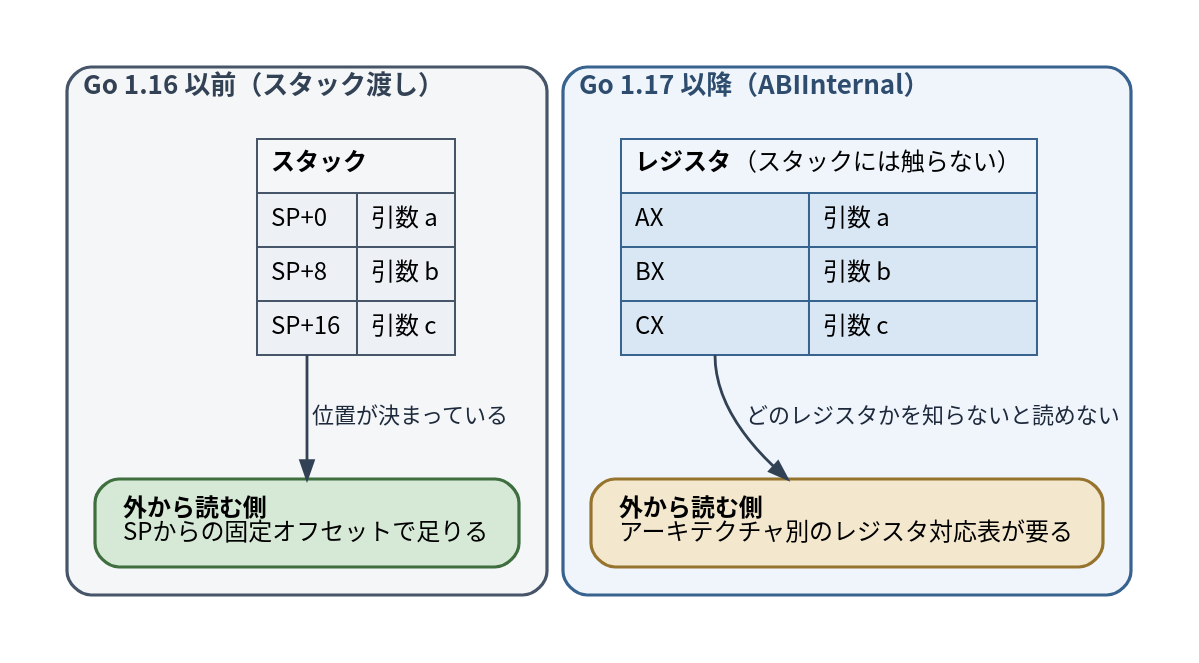
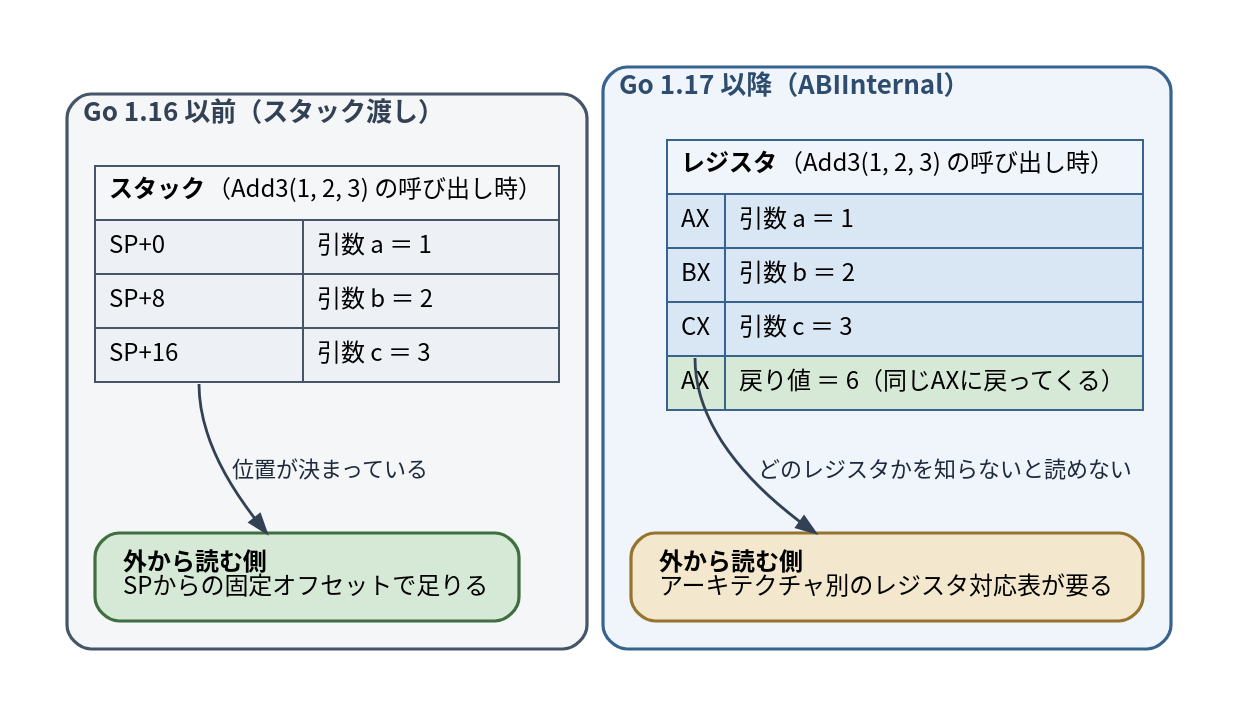
Before and after one commit to ymotongpoo/zenn.dev: the diagram in diagrams/20260820-go-ebpf-instrumentation/20260820-abi-shift.dot, drawn with Graphviz. The commit also changed 19 other files, not shown here.

First line of the commit message:
レビュー指摘に沿って図版を追加し、3枚を差し替えた

```diff
--- a/diagrams/20260820-go-ebpf-instrumentation/20260820-abi-shift.dot
+++ b/diagrams/20260820-go-ebpf-instrumentation/20260820-abi-shift.dot
@@ -1,56 +1,57 @@
 // Go 1.17 の呼び出し規約の転換
 digraph abi_shift {
   graph [
     fontname="Harano Aji Gothic,Noto Sans CJK JP,IPAGothic", fontsize=13,
     rankdir=TB, compound=true, splines=true,
     nodesep=0.5, ranksep=0.7, pad=0.25,
     bgcolor="white", newrank=true
   ];
   node [
     fontname="Harano Aji Gothic,Noto Sans CJK JP,IPAGothic", fontsize=12,
     shape=box, style="rounded,filled",
     fillcolor="#F1F5F9", color="#475569", penwidth=1.6,
     margin="0.2,0.14"
   ];
   edge [
     fontname="Harano Aji Gothic,Noto Sans CJK JP,IPAGothic", fontsize=11,
     color="#334155", penwidth=1.4, arrowsize=0.9,
     fontcolor="#1E293B"
   ];
 
   subgraph cluster_old {
     label=<<b>Go 1.16 以前（スタック渡し）</b>>;
     style="rounded"; labeljust="l"; penwidth=1.6; margin=14;
     color="#475569"; fontcolor="#334155"; bgcolor="#F4F6F8";
 
     stack [shape=plain, style="", label=<
       <table border="0" cellborder="1" cellspacing="0" cellpadding="6" color="#475569">
-        <tr><td colspan="2" align="left" bgcolor="#F4F6F8"><b>スタック</b></td></tr>
-        <tr><td align="left" bgcolor="#EDF1F5">SP+0</td><td align="left" bgcolor="#EDF1F5">引数 a</td></tr>
-        <tr><td align="left" bgcolor="#EDF1F5">SP+8</td><td align="left" bgcolor="#EDF1F5">引数 b</td></tr>
-        <tr><td align="left" bgcolor="#EDF1F5" port="p">SP+16</td><td align="left" bgcolor="#EDF1F5">引数 c</td></tr>
+        <tr><td colspan="2" align="left" bgcolor="#F4F6F8"><b>スタック</b>（Add3(1, 2, 3) の呼び出し時）</td></tr>
+        <tr><td align="left" bgcolor="#EDF1F5">SP+0</td><td align="left" bgcolor="#EDF1F5">引数 a ＝ 1</td></tr>
+        <tr><td align="left" bgcolor="#EDF1F5">SP+8</td><td align="left" bgcolor="#EDF1F5">引数 b ＝ 2</td></tr>
+        <tr><td align="left" bgcolor="#EDF1F5" port="p">SP+16</td><td align="left" bgcolor="#EDF1F5">引数 c ＝ 3</td></tr>
       </table>>];
     read_old [label=<<b>外から読む側</b><br align="left"/>SPからの固定オフセットで足りる<br align="left"/>>,
               fillcolor="#D6E8D6", color="#3F6E3F"];
     stack:p:s -> read_old [label=" 位置が決まっている"];
   }
 
   subgraph cluster_new {
     label=<<b>Go 1.17 以降（ABIInternal）</b>>;
     style="rounded"; labeljust="l"; penwidth=1.6; margin=14;
     color="#38638F"; fontcolor="#2E4D6E"; bgcolor="#EFF5FB";
 
     regs [shape=plain, style="", label=<
       <table border="0" cellborder="1" cellspacing="0" cellpadding="6" color="#38638F">
-        <tr><td colspan="2" align="left" bgcolor="#EFF5FB"><b>レジスタ</b>（スタックには触らない）</td></tr>
-        <tr><td align="left" bgcolor="#D9E7F4">AX</td><td align="left" bgcolor="#D9E7F4">引数 a</td></tr>
-        <tr><td align="left" bgcolor="#D9E7F4">BX</td><td align="left" bgcolor="#D9E7F4">引数 b</td></tr>
-        <tr><td align="left" bgcolor="#D9E7F4" port="p">CX</td><td align="left" bgcolor="#D9E7F4">引数 c</td></tr>
+        <tr><td colspan="2" align="left" bgcolor="#EFF5FB"><b>レジスタ</b>（Add3(1, 2, 3) の呼び出し時）</td></tr>
+        <tr><td align="left" bgcolor="#D9E7F4">AX</td><td align="left" bgcolor="#D9E7F4">引数 a ＝ 1</td></tr>
+        <tr><td align="left" bgcolor="#D9E7F4">BX</td><td align="left" bgcolor="#D9E7F4">引数 b ＝ 2</td></tr>
+        <tr><td align="left" bgcolor="#D9E7F4" port="p">CX</td><td align="left" bgcolor="#D9E7F4">引数 c ＝ 3</td></tr>
+        <tr><td align="left" bgcolor="#D6E8D6">AX</td><td align="left" bgcolor="#D6E8D6">戻り値 ＝ 6（同じAXに戻ってくる）</td></tr>
       </table>>];
     read_new [label=<<b>外から読む側</b><br align="left"/>アーキテクチャ別のレジスタ対応表が要る<br align="left"/>>,
               fillcolor="#F3E8CE", color="#96742E"];
     regs:p:s -> read_new [label=" どのレジスタかを知らないと読めない"];
   }
 
   { rank=same; stack; regs; }
 }
```
